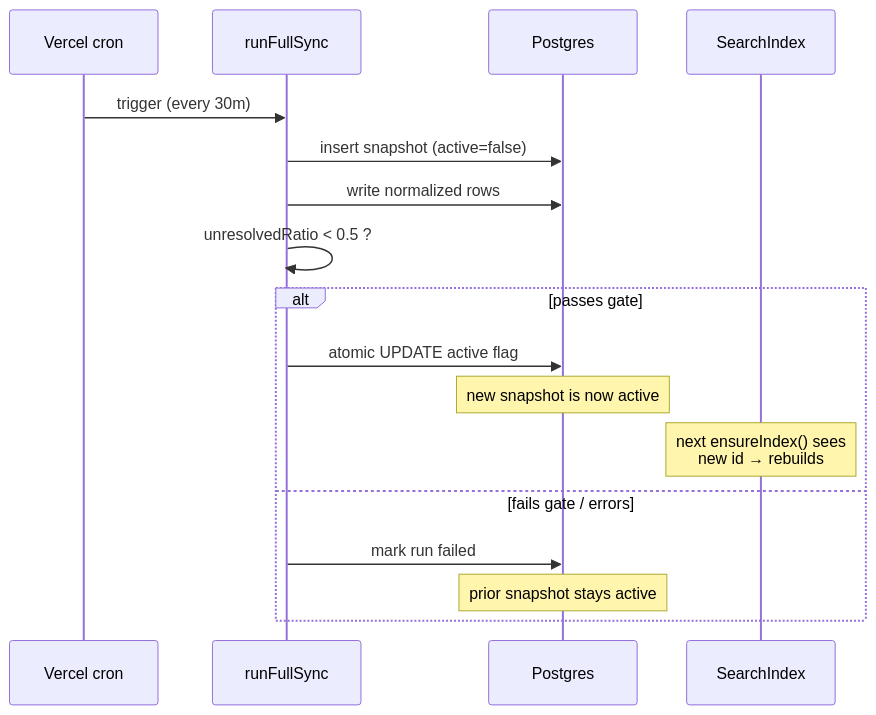
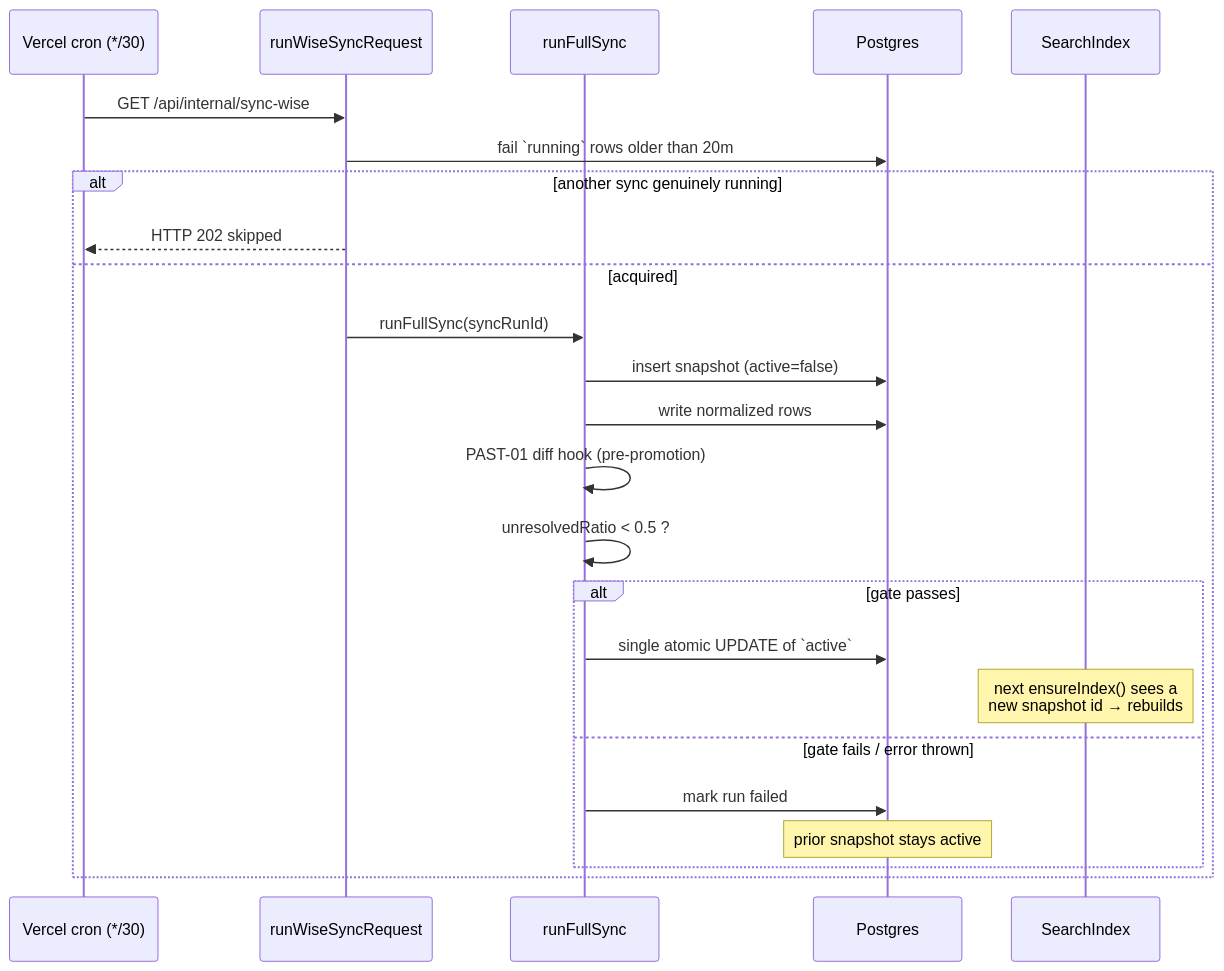
Before and after one commit to kasheesh711/bgscheduler: the second of 2 diagrams in docs/handbook/not-the-nextjs-you-know.md, drawn with Mermaid. The commit also changed other lines of this file and 71 other files, not shown here.

````diff
--- a/docs/handbook/not-the-nextjs-you-know.md
+++ b/docs/handbook/not-the-nextjs-you-know.md
@@ -144,19 +242,26 @@
 ```mermaid
 sequenceDiagram
-  participant Cron as Vercel cron
+  participant Cron as Vercel cron (*/30)
+  participant Guard as runWiseSyncRequest
   participant Orch as runFullSync
   participant PG as Postgres
   participant IDX as SearchIndex
-  Cron->>Orch: trigger (every 30m)
-  Orch->>PG: insert snapshot (active=false)
-  Orch->>PG: write normalized rows
-  Orch->>Orch: unresolvedRatio < 0.5 ?
-  alt passes gate
-    Orch->>PG: atomic UPDATE active flag
-    Note over PG: new snapshot is now active
-    Note over IDX: next ensureIndex() sees<br/>new id → rebuilds
-  else fails gate / errors
-    Orch->>PG: mark run failed
-    Note over PG: prior snapshot stays active
+  Cron->>Guard: GET /api/internal/sync-wise
+  Guard->>PG: fail `running` rows older than 20m
+  alt another sync genuinely running
+    Guard-->>Cron: HTTP 202 skipped
+  else acquired
+    Guard->>Orch: runFullSync(syncRunId)
+    Orch->>PG: insert snapshot (active=false)
+    Orch->>PG: write normalized rows
+    Orch->>Orch: PAST-01 diff hook (pre-promotion)
+    Orch->>Orch: unresolvedRatio < 0.5 ?
+    alt gate passes
+      Orch->>PG: single atomic UPDATE of `active`
+      Note over IDX: next ensureIndex() sees a<br/>new snapshot id → rebuilds
+    else gate fails / error thrown
+      Orch->>PG: mark run failed
+      Note over PG: prior snapshot stays active
+    end
   end
 ```
````
